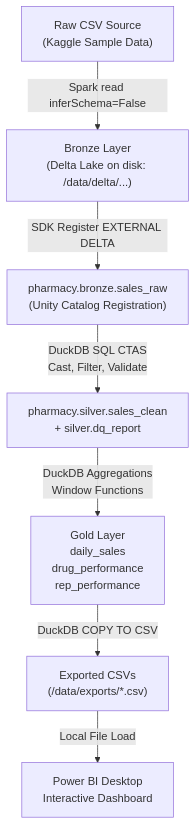
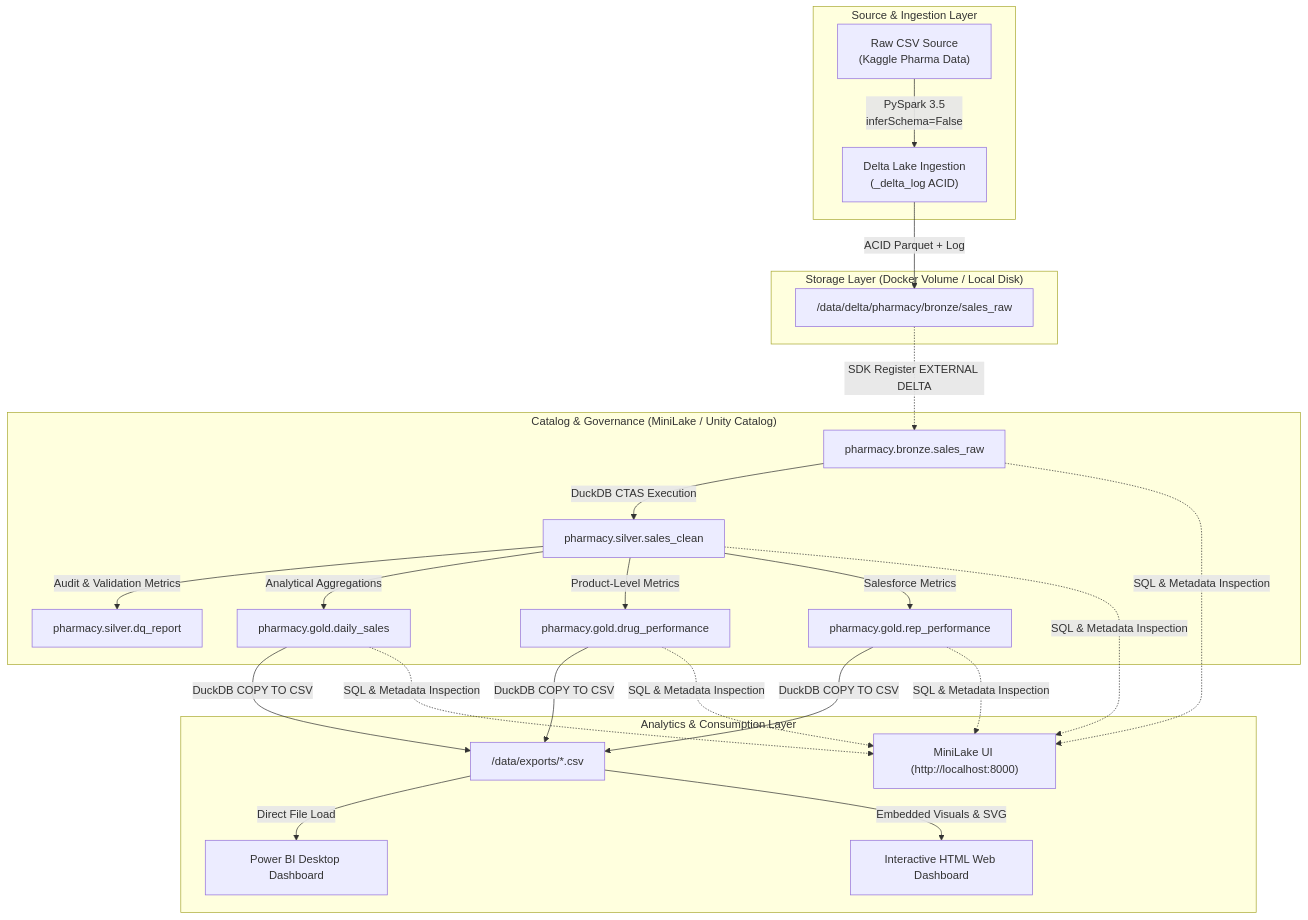
One commit to livejpsingh/pharma-lakehouse-medallion changed the diagram in docs/architecture.md. Above: the diagram before and after it, drawn with Mermaid. The commit also changed other lines of this file and 6 other files, not shown here.

````diff
--- a/docs/architecture.md
+++ b/docs/architecture.md
@@ -5,9 +7,26 @@
 ```mermaid
 flowchart TD
-    A["Raw CSV Source<br/>(Kaggle Sample Data)"] -->|Spark read inferSchema=False| B["Bronze Layer<br/>(Delta Lake on disk: /data/delta/...)"]
-    B -->|SDK Register EXTERNAL DELTA| C["pharmacy.bronze.sales_raw<br/>(Unity Catalog Registration)"]
-    C -->|DuckDB SQL CTAS<br/>Cast, Filter, Validate| D["pharmacy.silver.sales_clean<br/>+ silver.dq_report"]
-    D -->|DuckDB Aggregations<br/>Window Functions| E["Gold Layer<br/>daily_sales<br/>drug_performance<br/>rep_performance"]
-    E -->|DuckDB COPY TO CSV| F["Exported CSVs<br/>(/data/exports/*.csv)"]
-    F -->|Local File Load| G["Power BI Desktop<br/>Interactive Dashboard"]
+    subgraph Ingestion ["Source & Ingestion Layer"]
+        A["Raw CSV Source<br/>(Kaggle Pharma Data)"] -->|PySpark 3.5<br/>inferSchema=False| B["Delta Lake Ingestion<br/>(_delta_log ACID)"]
+    end
+
+    subgraph Storage ["Storage Layer (Docker Volume / Local Disk)"]
+        B -->|ACID Parquet + Log| C["/data/delta/pharmacy/bronze/sales_raw"]
+    end
+
+    subgraph Catalog ["Catalog & Governance (MiniLake / Unity Catalog)"]
+        C -.->|SDK Register EXTERNAL DELTA| D["pharmacy.bronze.sales_raw"]
+        D -->|DuckDB CTAS Execution| E["pharmacy.silver.sales_clean"]
+        E -->|Audit & Validation Metrics| F["pharmacy.silver.dq_report"]
+        E -->|Analytical Aggregations| G["pharmacy.gold.daily_sales"]
+        E -->|Product-Level Metrics| H["pharmacy.gold.drug_performance"]
+        E -->|Salesforce Metrics| I["pharmacy.gold.rep_performance"]
+    end
+
+    subgraph Consumption ["Analytics & Consumption Layer"]
+        G & H & I -->|DuckDB COPY TO CSV| J["/data/exports/*.csv"]
+        J -->|Direct File Load| K["Power BI Desktop Dashboard"]
+        J -->|Embedded Visuals & SVG| L["Interactive HTML Web Dashboard"]
+        D & E & G & H & I -.->|SQL & Metadata Inspection| M["MiniLake UI (http://localhost:8000)"]
+    end
 ```
````
